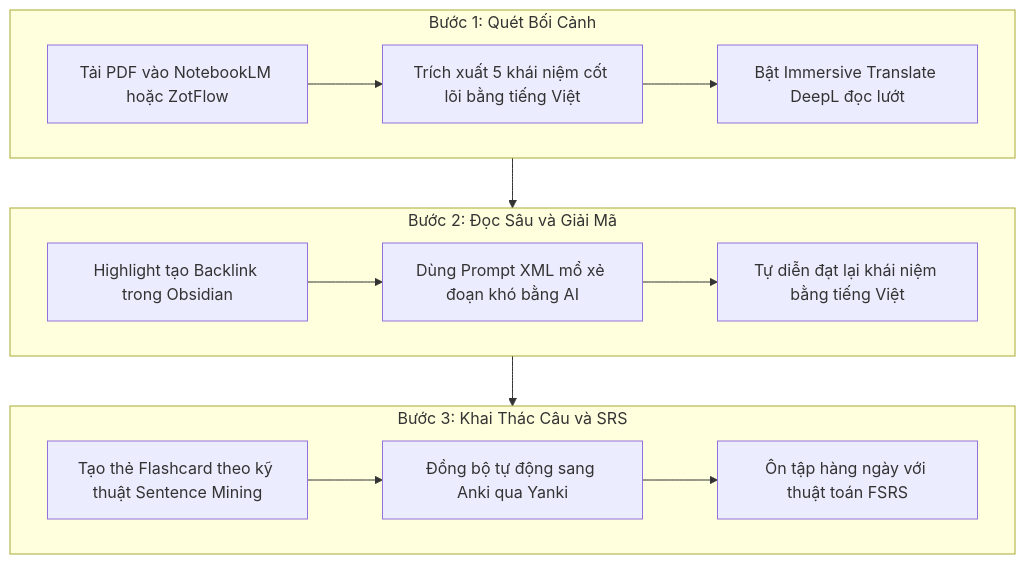
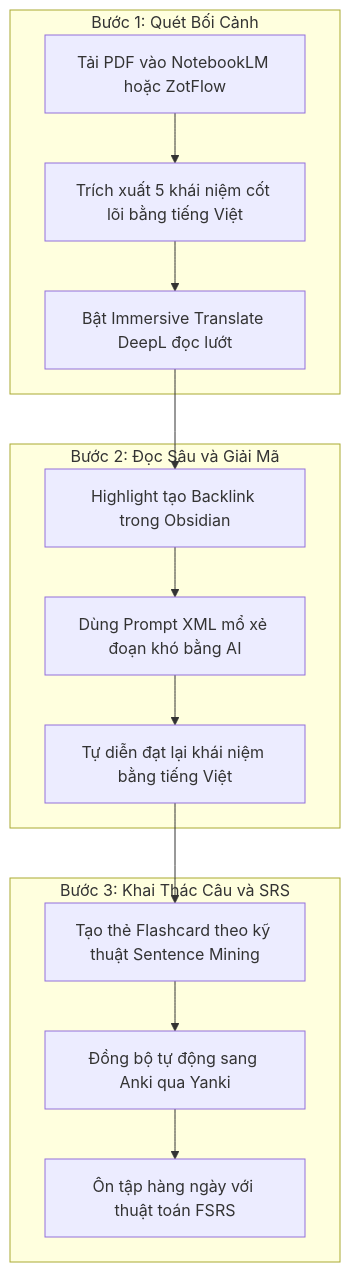
The diagram in content/posts/he-thong-phuong-phap-doc-tai-lieu-it-ai-voi-ai-va-srs.md (nguyengoctin/my_website), drawn with Mermaid before and after one commit. The commit also changed other lines of this file and 28 other files, not shown here.

````diff
--- a/content/posts/he-thong-phuong-phap-doc-tai-lieu-it-ai-voi-ai-va-srs.md
+++ b/content/posts/he-thong-phuong-phap-doc-tai-lieu-it-ai-voi-ai-va-srs.md
@@ -163,20 +163,20 @@
-{{< mermaid >}}
+```mermaid
 flowchart TD
     subgraph Step1 ["Bước 1: Quét Bối Cảnh"]
         A1["Tải PDF vào NotebookLM hoặc ZotFlow"] --> A2["Trích xuất 5 khái niệm cốt lõi bằng tiếng Việt"]
         A2 --> A3["Bật Immersive Translate DeepL đọc lướt"]
     end
 
     subgraph Step2 ["Bước 2: Đọc Sâu và Giải Mã"]
         B1["Highlight tạo Backlink trong Obsidian"] --> B2["Dùng Prompt XML mổ xẻ đoạn khó bằng AI"]
         B2 --> B3["Tự diễn đạt lại khái niệm bằng tiếng Việt"]
     end
 
     subgraph Step3 ["Bước 3: Khai Thác Câu và SRS"]
         C1["Tạo thẻ Flashcard theo kỹ thuật Sentence Mining"] --> C2["Đồng bộ tự động sang Anki qua Yanki"]
         C2 --> C3["Ôn tập hàng ngày với thuật toán FSRS"]
     end
 
-    Step1 --> Step2
-    Step2 --> Step3
-{{< /mermaid >}}
+    A3 --> B1
+    B3 --> C1
+```
````
